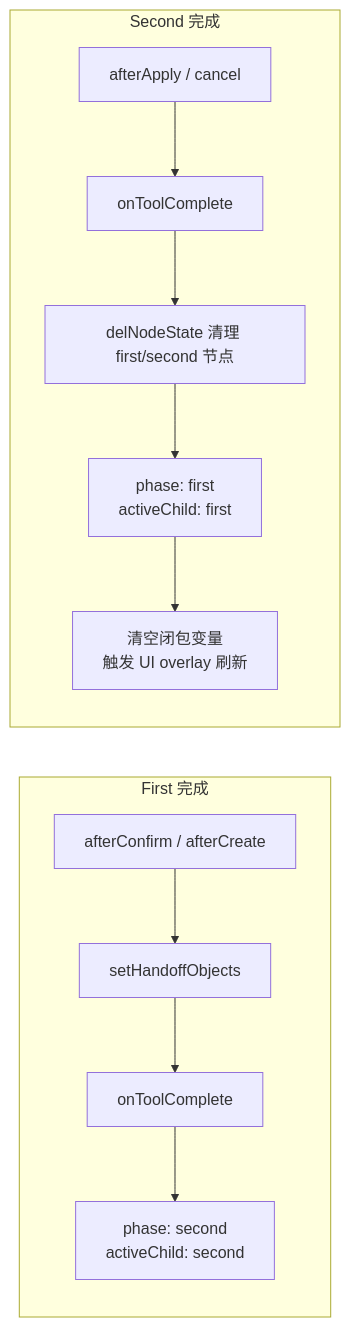
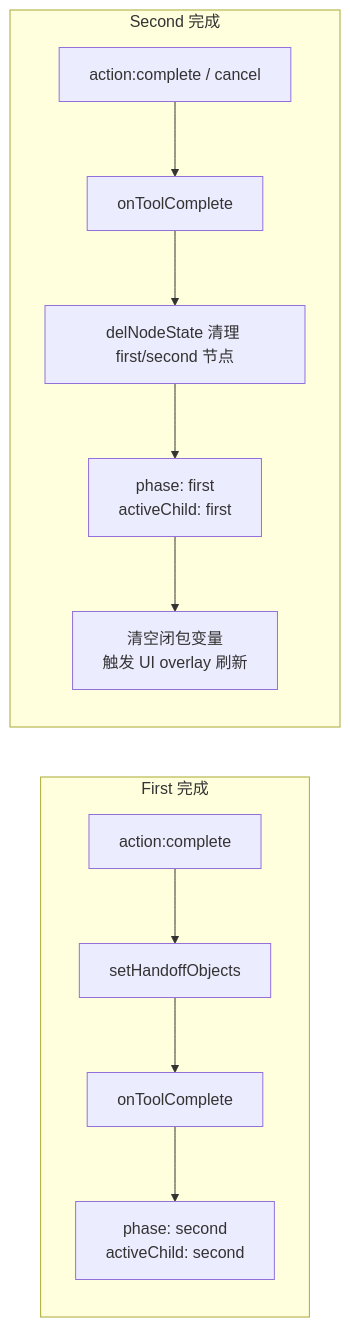
Before and after one commit to Frank-Steven/HoundWhiteboard: the third of 3 diagrams in src/core/prefixs/docs/handoff-handler-document.md, drawn with Mermaid. The commit also changed other lines of this file and 5 other files, not shown here.

````diff
--- a/src/core/prefixs/docs/handoff-handler-document.md
+++ b/src/core/prefixs/docs/handoff-handler-document.md
@@ -56,14 +66,14 @@
 ```mermaid
 flowchart LR
     subgraph First 完成
-        AfterConfirm["afterConfirm / afterCreate"] --> SH[setHandoffObjects]
+        AC["action:complete"] --> SH[setHandoffObjects]
         SH --> OTC[onToolComplete]
         OTC --> Switch2["phase: second<br/>activeChild: second"]
     end
     subgraph Second 完成
-        AfterApply["afterApply / cancel"] --> OTC2[onToolComplete]
+        SU["action:complete / cancel"] --> OTC2[onToolComplete]
         OTC2 --> Del[delNodeState 清理 first/second 节点]
         Del --> Switch1["phase: first<br/>activeChild: first"]
         Switch1 --> Clear["清空闭包变量<br/>触发 UI overlay 刷新"]
     end
 ```
````
